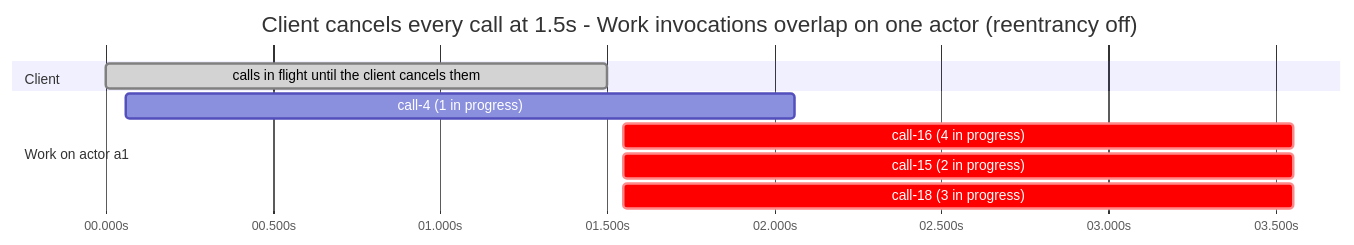
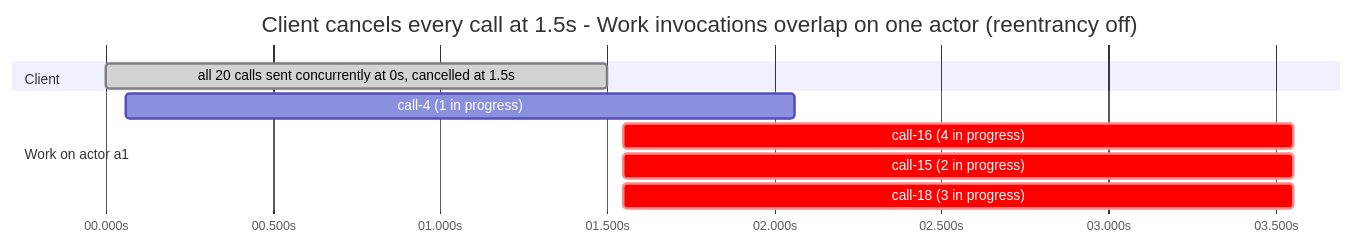
The second of 2 diagrams in README.md (olitomlinson/dapr-actor-concurrency-repro), drawn with Mermaid before and after one commit. The commit also changed other lines of this file and 1 other file, not shown here.

First line of the commit message:
Say that the client sends every call concurrently

````diff
--- a/README.md
+++ b/README.md
@@ -88,13 +90,13 @@
 ```mermaid
 gantt
     title Client cancels every call at 1.5s - Work invocations overlap on one actor (reentrancy off)
     dateFormat x
     axisFormat %S.%Ls
     section Client
-    calls in flight until the client cancels them :done, 0, 1500
+    all 20 calls sent concurrently at 0s, cancelled at 1.5s :done, 0, 1500
     section Work on actor a1
     call-4 (1 in progress) :59, 2061
     call-16 (4 in progress) :crit, 1549, 3554
     call-15 (2 in progress) :crit, 1549, 3554
     call-18 (3 in progress) :crit, 1549, 3554
 ```
````
